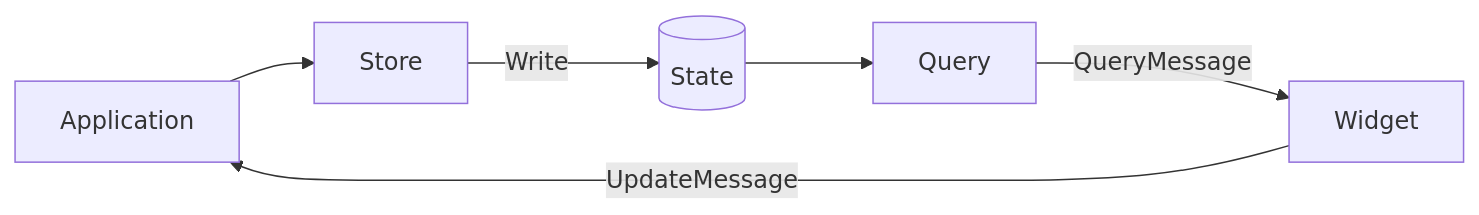
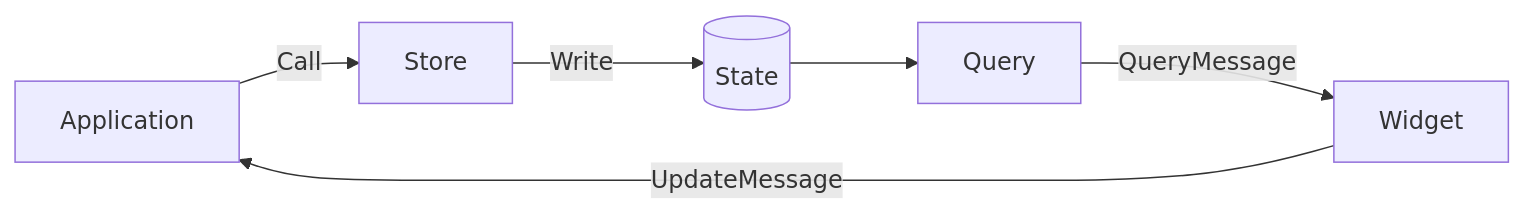
One commit to iced-rs/rfcs changed the first of 2 diagrams in text/0000-shared-widget-state.md. Above: the diagram before and after it, drawn with Mermaid. The commit also changed other lines of this file, not shown here.

Commit message:
keyboard events example cleanup

````diff
--- a/text/0000-shared-widget-state.md
+++ b/text/0000-shared-widget-state.md
@@ -39,8 +39,8 @@
 ```mermaid
   graph LR;
-    Application-->Store;
+    Application--Call-->Store;
     Store--Write-->State[(State)];
     Query--QueryMessage-->Widget
     Widget--UpdateMessage-->Application;
     State-->Query;
 ```
````
